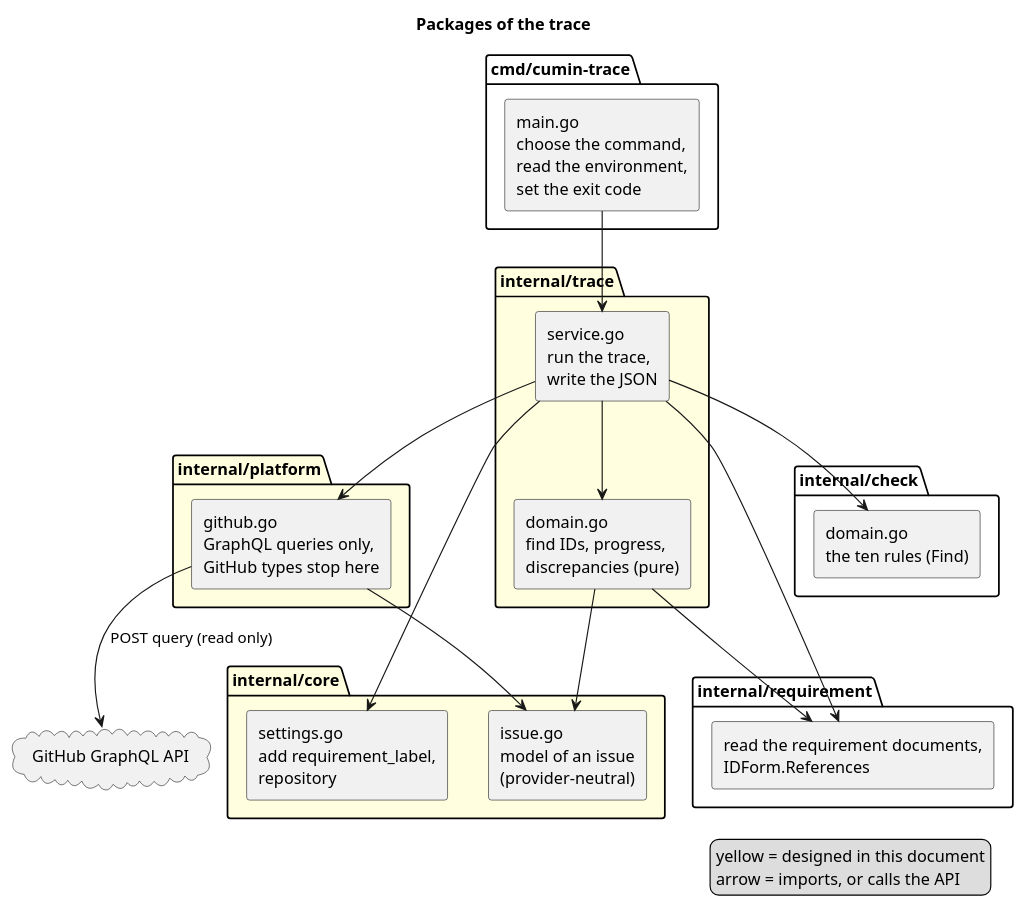
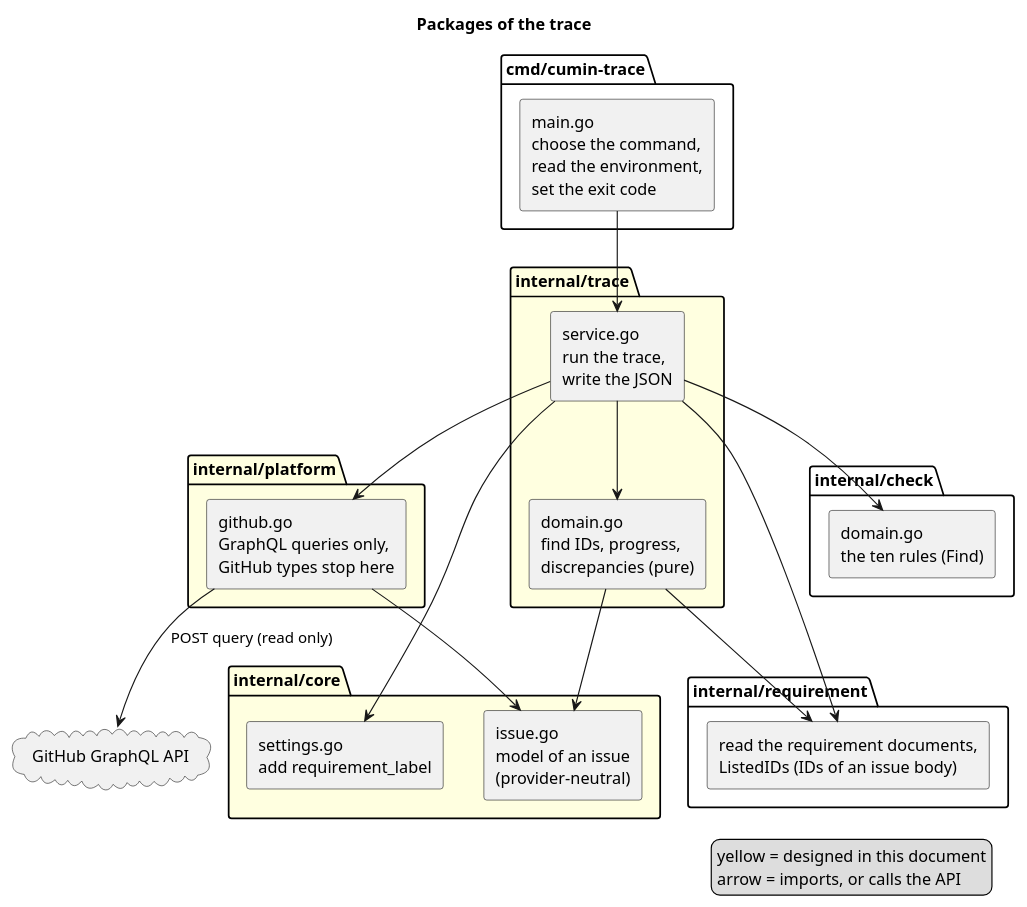
One commit to cloveclovedev/cumin-trace changed the diagram in docs/ja/designs/trace/trace-packages.puml. Above: the diagram before and after it, drawn with PlantUML. The commit also changed 7 other files, not shown here.

First line of the commit message:
docs(designs): read IDs from the Requirements section and the repository from the environment

```diff
--- a/docs/ja/designs/trace/trace-packages.puml
+++ b/docs/ja/designs/trace/trace-packages.puml
@@ -1,49 +1,49 @@
 @startuml trace-packages
 title Packages of the trace
 skinparam shadowing false
 skinparam componentStyle rectangle
 
 package "cmd/cumin-trace" {
   [main.go\nchoose the command,\nread the environment,\nset the exit code] as main
 }
 
 package "internal/trace" #LightYellow {
   [service.go\nrun the trace,\nwrite the JSON] as service
   [domain.go\nfind IDs, progress,\ndiscrepancies (pure)] as rules
 }
 
 package "internal/platform" #LightYellow {
   [github.go\nGraphQL queries only,\nGitHub types stop here] as github
 }
 
 package "internal/core" #LightYellow {
   [issue.go\nmodel of an issue\n(provider-neutral)] as issue
-  [settings.go\nadd requirement_label,\nrepository] as settings
+  [settings.go\nadd requirement_label] as settings
 }
 
 package "internal/check" {
   [domain.go\nthe ten rules (Find)] as check
 }
 
 package "internal/requirement" {
-  [read the requirement documents,\nIDForm.References] as requirement
+  [read the requirement documents,\nListedIDs (IDs of an issue body)] as requirement
 }
 
 cloud "GitHub GraphQL API" as api
 
 main --> service
 service --> settings
 service --> requirement
 service --> check
 service --> rules
 service --> github
 rules --> issue
 rules --> requirement
 github --> issue
 github --> api : POST query (read only)
 
 legend right
   yellow = designed in this document
   arrow = imports, or calls the API
 endlegend
 @enduml
```
